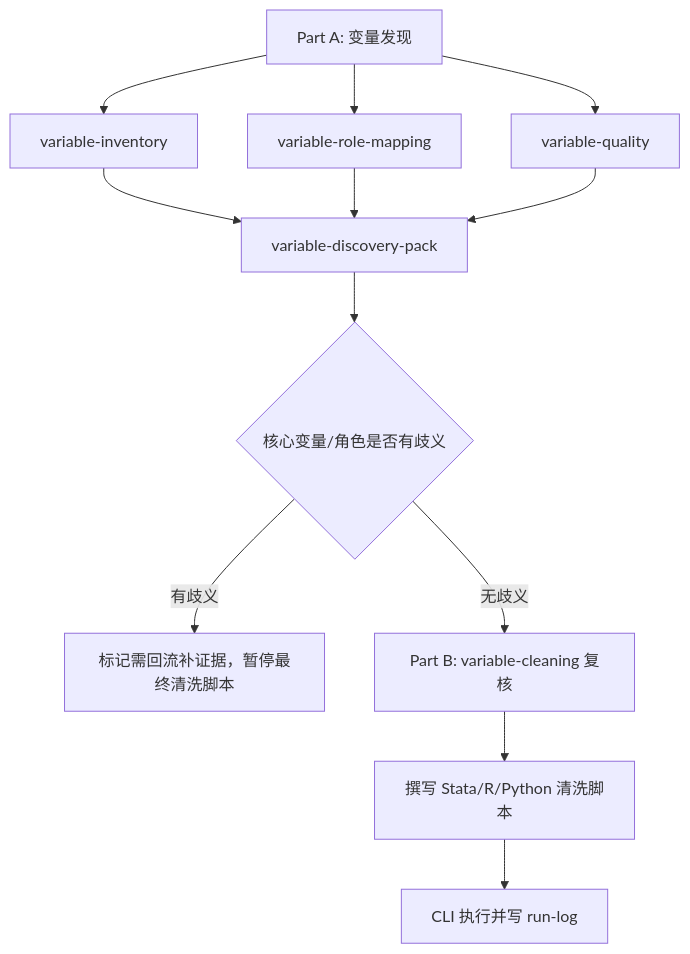
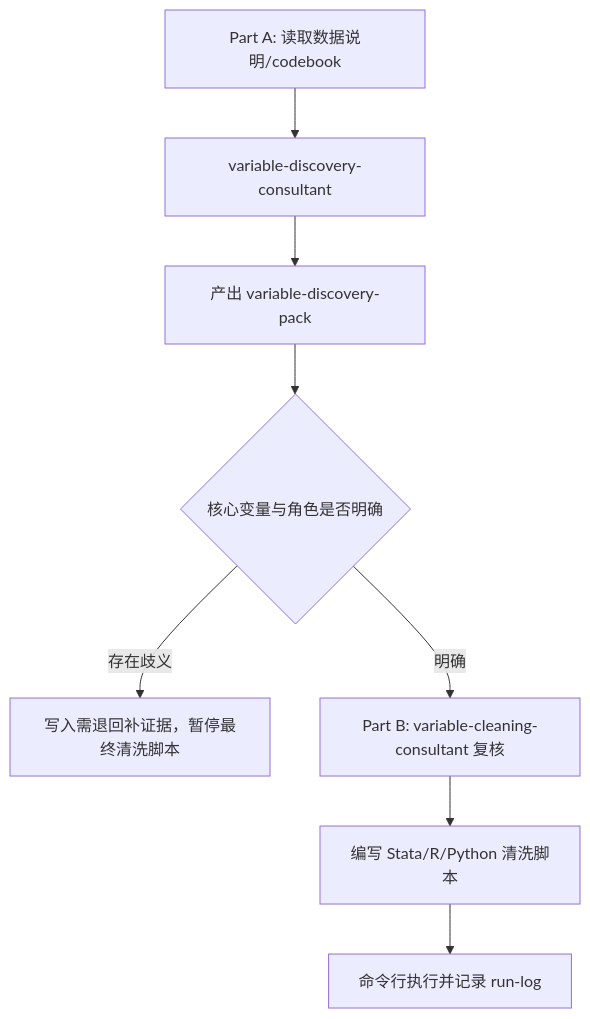
Before and after one commit to JingYangYuan/paper-analysis-4ss: the diagram in phases/02-quant-cleaning.md, drawn with Mermaid. The commit also changed other lines of this file and 23628 other files, not shown here.

````diff
--- a/phases/02-quant-cleaning.md
+++ b/phases/02-quant-cleaning.md
@@ -9,14 +5,10 @@
 ```mermaid
 flowchart TD
-  A["Part A: 变量发现"] --> B["variable-inventory"]
-  A --> C["variable-role-mapping"]
-  A --> D["variable-quality"]
-  B --> E["variable-discovery-pack"]
-  C --> E
-  D --> E
-  E --> F{"核心变量/角色是否有歧义"}
-  F -->|有歧义| G["标记需回流补证据，暂停最终清洗脚本"]
-  F -->|无歧义| H["Part B: variable-cleaning 复核"]
-  H --> I["撰写 Stata/R/Python 清洗脚本"]
-  I --> J["CLI 执行并写 run-log"]
+  A[Part A: 读取数据说明/codebook] --> B[variable-discovery-consultant]
+  B --> C[产出 variable-discovery-pack]
+  C --> D{核心变量与角色是否明确}
+  D -->|存在歧义| E[写入需退回补证据，暂停最终清洗脚本]
+  D -->|明确| F[Part B: variable-cleaning-consultant 复核]
+  F --> G[编写 Stata/R/Python 清洗脚本]
+  G --> H[命令行执行并记录 run-log]
 ```
````
